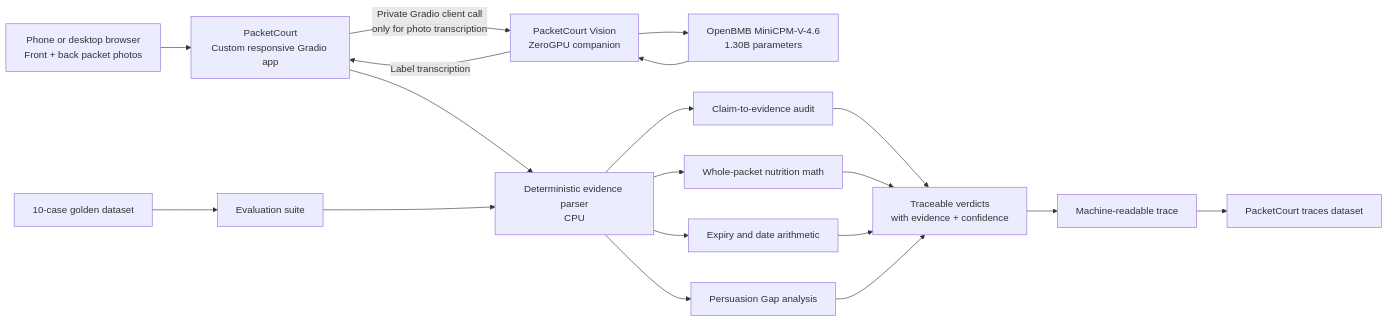
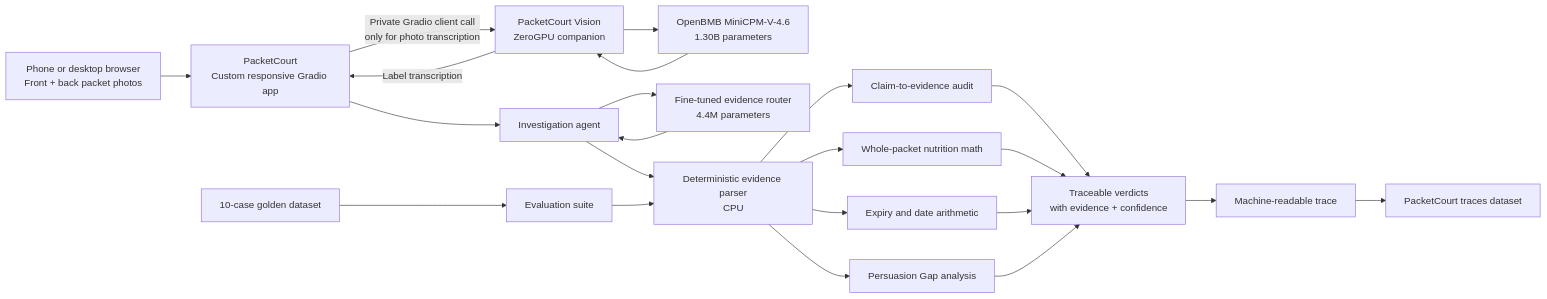
The diagram in README.md (N-45div/PacketCourt), drawn with Mermaid before and after one commit. The commit also changed other lines of this file and 1 other file, not shown here.

````diff
--- a/README.md
+++ b/README.md
@@ -43,26 +43,29 @@
 ```mermaid
 flowchart LR
     U["Phone or desktop browser<br/>Front + back packet photos"] --> M["PacketCourt<br/>Custom responsive Gradio app"]
 
     M -->|"Private Gradio client call<br/>only for photo transcription"| V["PacketCourt Vision<br/>ZeroGPU companion"]
     V --> Z["OpenBMB MiniCPM-V-4.6<br/>1.30B parameters"]
     Z --> V
     V -->|"Label transcription"| M
 
-    M --> P["Deterministic evidence parser<br/>CPU"]
+    M --> A["Investigation agent"]
+    A --> FR["Fine-tuned evidence router<br/>4.4M parameters"]
+    FR --> A
+    A --> P["Deterministic evidence parser<br/>CPU"]
     P --> C["Claim-to-evidence audit"]
     P --> N["Whole-packet nutrition math"]
     P --> D["Expiry and date arithmetic"]
     P --> G["Persuasion Gap analysis"]
 
     C --> R["Traceable verdicts<br/>with evidence + confidence"]
     N --> R
     D --> R
     G --> R
 
     R --> T["Machine-readable trace"]
     T --> TD["PacketCourt traces dataset"]
 
     E["10-case golden dataset"] --> Q["Evaluation suite"]
     Q --> P
 ```
````
